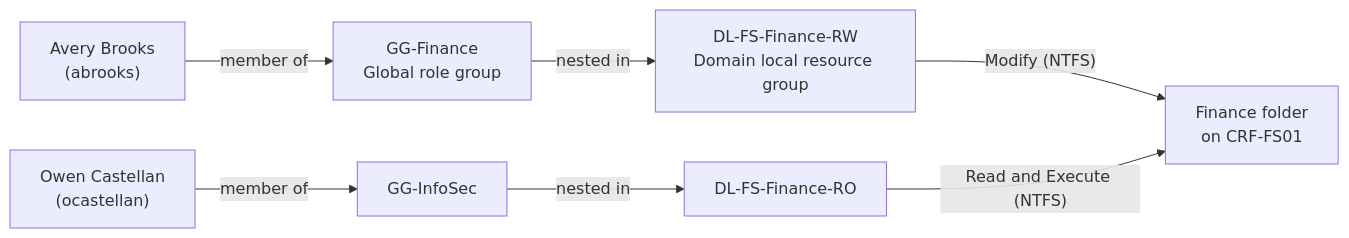
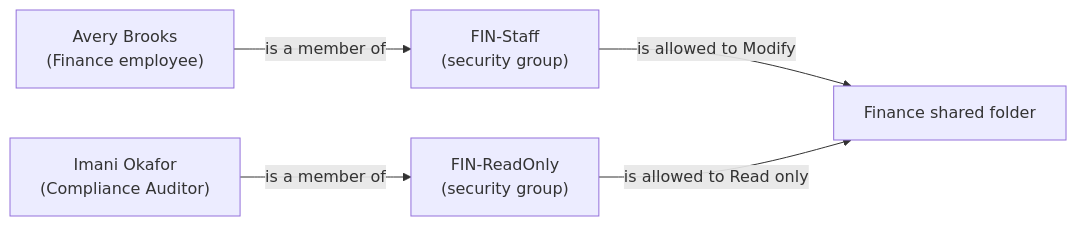
The second of 2 diagrams in Lab.md (Gbemiga97/Domain-Joined-Endpoint-to-Domain-Controller), drawn with Mermaid before and after one commit. The commit also changed other lines of this file and 4 other files, not shown here.

````diff
--- a/Lab.md
+++ b/Lab.md
@@ -53,10 +41,7 @@
 ```mermaid
 flowchart LR
-    U1["Avery Brooks<br/>(abrooks)"] -->|"member of"| GG1["GG-Finance<br/>Global role group"]
-    GG1 -->|"nested in"| DL1["DL-FS-Finance-RW<br/>Domain local resource group"]
-    DL1 -->|"Modify (NTFS)"| F["Finance folder<br/>on CRF-FS01"]
-
-    U2["Owen Castellan<br/>(ocastellan)"] -->|"member of"| GG2["GG-InfoSec"]
-    GG2 -->|"nested in"| DL2["DL-FS-Finance-RO"]
-    DL2 -->|"Read and Execute (NTFS)"| F
+    U["Avery Brooks<br/>(Finance employee)"] -->|"is a member of"| G["FIN-Staff<br/>(security group)"]
+    G -->|"is allowed to Modify"| F["Finance shared folder"]
+    A["Imani Okafor<br/>(Compliance Auditor)"] -->|"is a member of"| R["FIN-ReadOnly<br/>(security group)"]
+    R -->|"is allowed to Read only"| F
 ```
````
